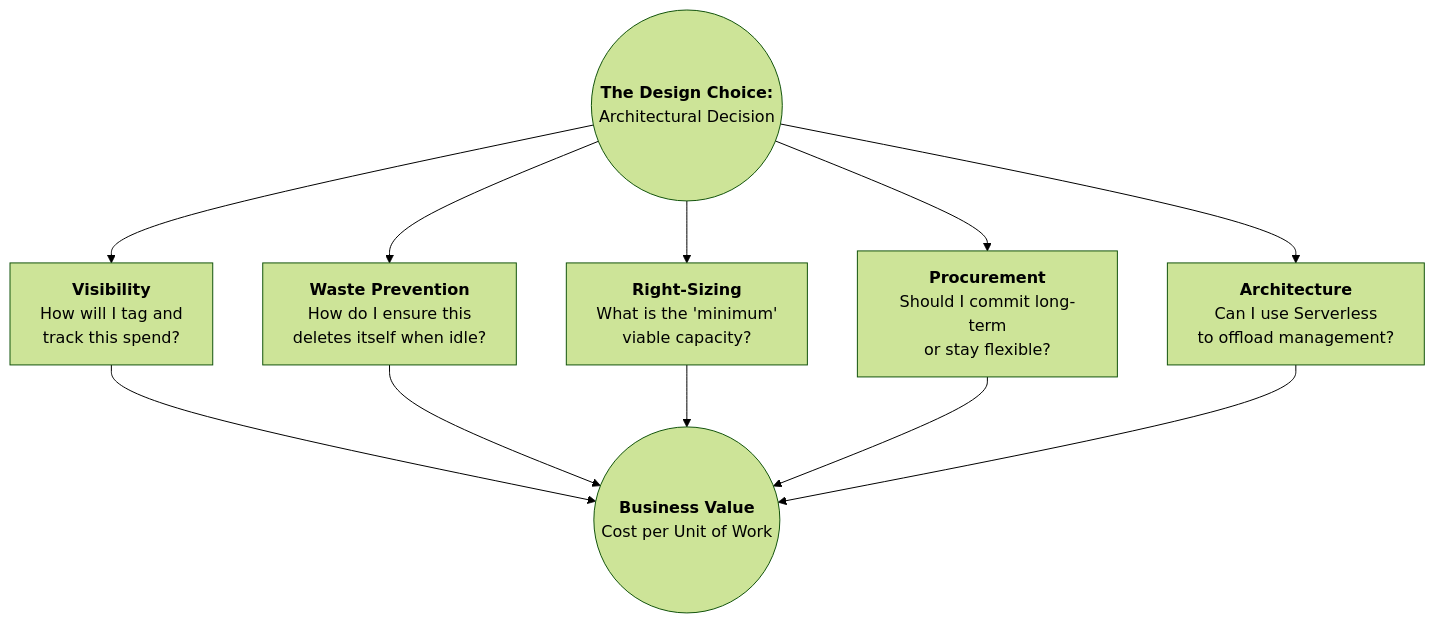
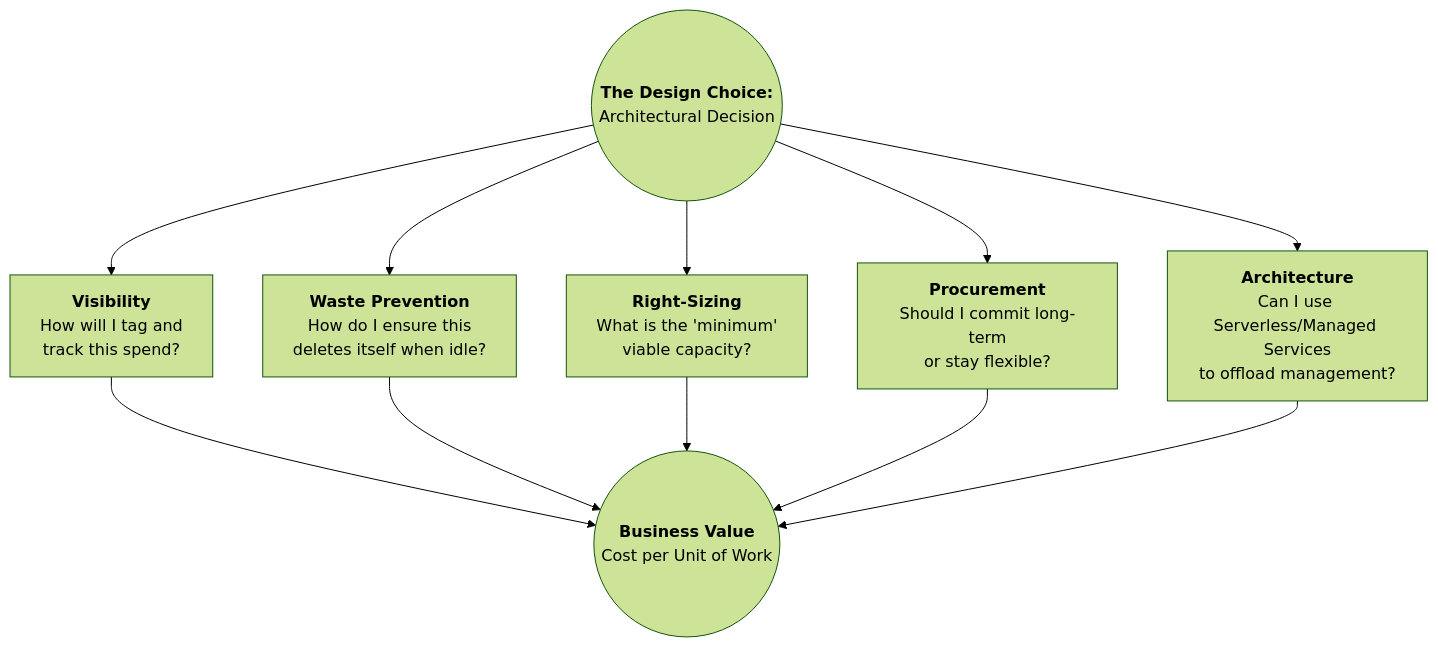
One commit to senthilkumarm1901/learn_by_blogging changed the fifth of 7 diagrams in aws_cloud_technical_essentials_book/01-introduction.qmd. Above: the diagram before and after it, drawn with Mermaid (forest theme).

````diff
--- a/aws_cloud_technical_essentials_book/01-introduction.qmd
+++ b/aws_cloud_technical_essentials_book/01-introduction.qmd
@@ -276,13 +276,13 @@
 ```{mermaid}
 flowchart TD
     Start((<b>The Design Choice:</b><br/>Architectural Decision)) 
     
     Start --> Obs["<b>Visibility</b><br/>How will I tag and<br/>track this spend?"]
     Start --> Clean["<b>Waste Prevention</b><br/>How do I ensure this<br/>deletes itself when idle?"]
     Start --> Fit["<b>Right-Sizing</b><br/>What is the 'minimum'<br/>viable capacity?"]
     Start --> Buy["<b>Procurement</b><br/>Should I commit long-term<br/>or stay flexible?"]
-    Start --> Modern["<b>Architecture</b><br/>Can I use Serverless<br/>to offload management?"]
+    Start --> Modern["<b>Architecture</b><br/>Can I use Serverless/Managed Services<br/>to offload management?"]
 
     %% Convergence into Value
     Obs & Clean & Fit & Buy & Modern --> Value((<b>Business Value</b><br/>Cost per Unit of Work))
 ```
````
